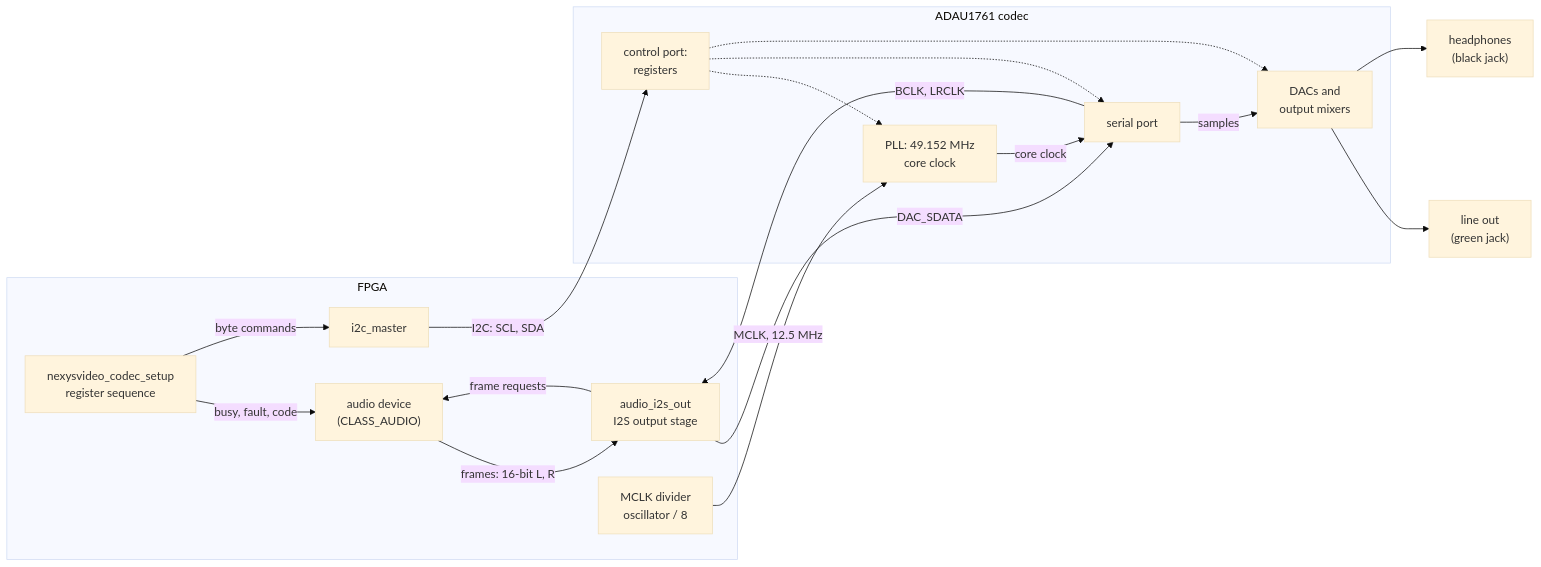
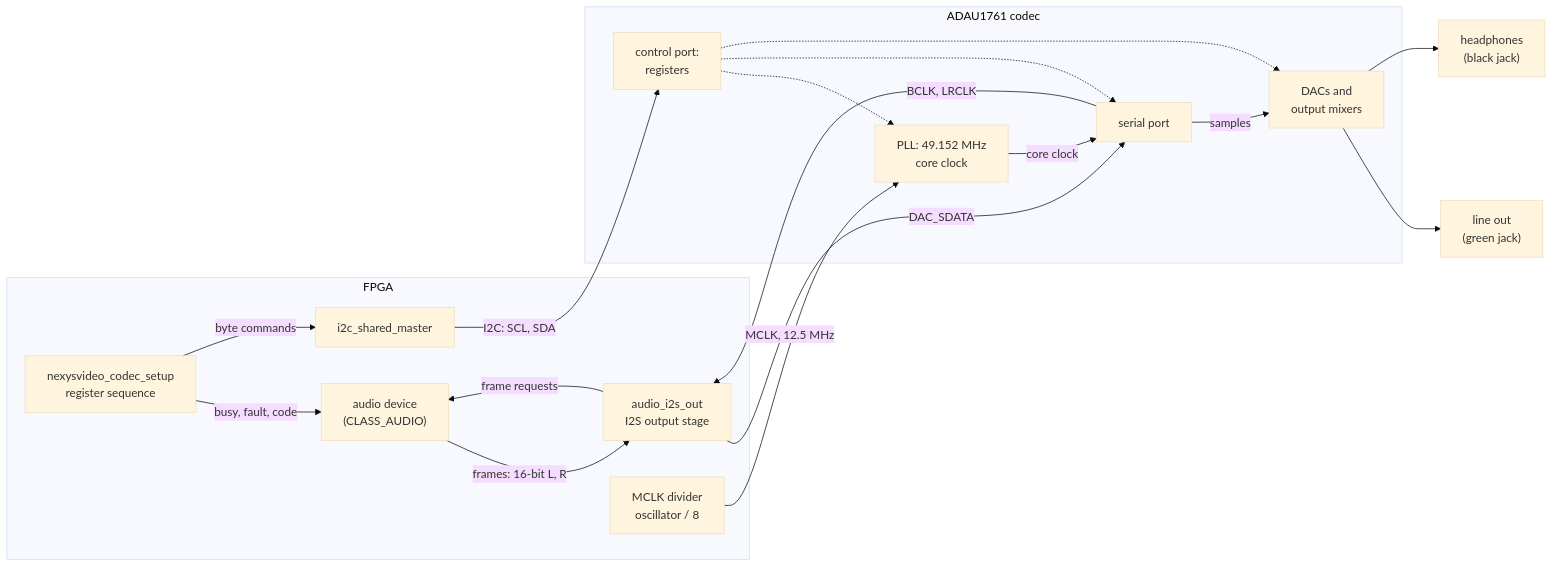
Before and after one commit to lonemeow/penumbra-minicomputer: the diagram in doc/internals/nexysvideo/audio.md, drawn with Mermaid (base theme). The commit also changed other lines of this file and 8 other files, not shown here.

````diff
--- a/doc/internals/nexysvideo/audio.md
+++ b/doc/internals/nexysvideo/audio.md
@@ -18,31 +18,31 @@
 ```mermaid
 flowchart LR
     subgraph FPGA
         DEV["audio device<br/>(CLASS_AUDIO)"]
         I2S["audio_i2s_out<br/>I2S output stage"]
         SETUP["nexysvideo_codec_setup<br/>register sequence"]
-        I2CM["i2c_master"]
+        I2CM["i2c_shared_master"]
         MDIV["MCLK divider<br/>oscillator / 8"]
     end
     subgraph CODEC["ADAU1761 codec"]
         CTRL["control port:<br/>registers"]
         CPLL["PLL: 49.152 MHz<br/>core clock"]
         SP["serial port"]
         DAC["DACs and<br/>output mixers"]
     end
     DEV -->|"frames: 16-bit L, R"| I2S
     I2S -->|"frame requests"| DEV
     SETUP -->|"busy, fault, code"| DEV
     SETUP -->|"byte commands"| I2CM
     I2CM -->|"I2C: SCL, SDA"| CTRL
     MDIV -->|"MCLK, 12.5 MHz"| CPLL
     CPLL -->|"core clock"| SP
     SP -->|"BCLK, LRCLK"| I2S
     I2S -->|"DAC_SDATA"| SP
     SP -->|"samples"| DAC
     CTRL -.-> CPLL
     CTRL -.-> SP
     CTRL -.-> DAC
     DAC --> LINE["line out<br/>(green jack)"]
     DAC --> HP["headphones<br/>(black jack)"]
 ```
````
